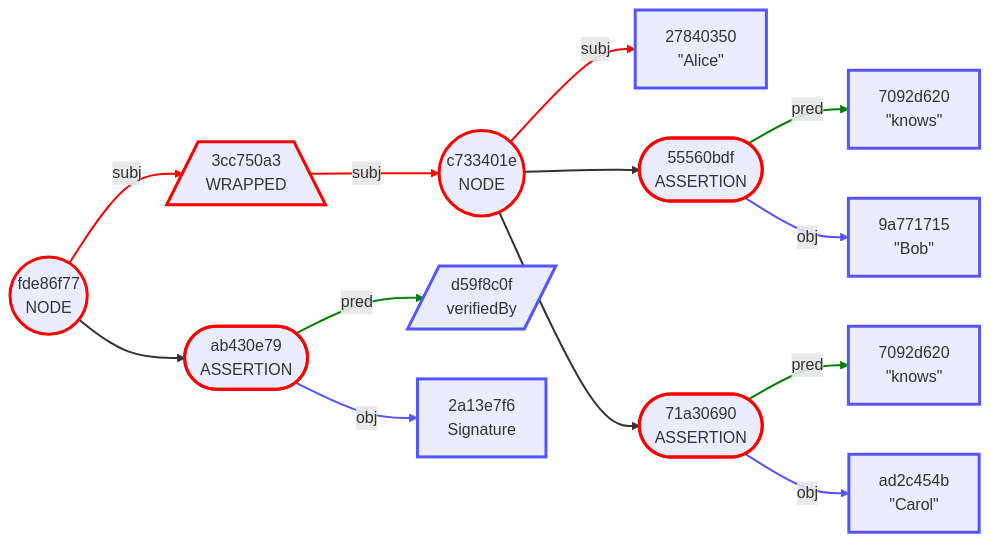
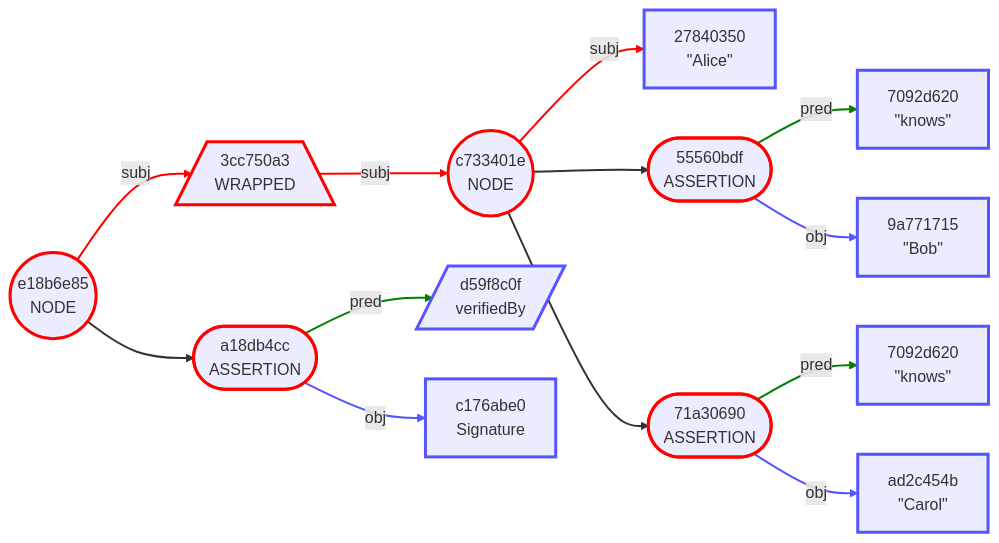
One commit to BlockchainCommons/BCSwiftSecureComponents changed diagram 15 of 24 in Docs/04-OUTPUT-FORMATS.md. Above: the diagram before and after it, drawn with Mermaid. The commit also changed other lines of this file and 6 other files, not shown here.

````diff
--- a/Docs/04-OUTPUT-FORMATS.md
+++ b/Docs/04-OUTPUT-FORMATS.md
@@ -350,53 +637,53 @@
 ```mermaid
 graph LR
-    1(("fde86f77<br/>NODE"))
+    1(("e18b6e85<br/>NODE"))
     2[/"3cc750a3<br/>WRAPPED"\]
     3(("c733401e<br/>NODE"))
     4["27840350<br/>#quot;Alice#quot;"]
     5(["55560bdf<br/>ASSERTION"])
     6["7092d620<br/>#quot;knows#quot;"]
     7["9a771715<br/>#quot;Bob#quot;"]
     8(["71a30690<br/>ASSERTION"])
     9["7092d620<br/>#quot;knows#quot;"]
     10["ad2c454b<br/>#quot;Carol#quot;"]
-    11(["ab430e79<br/>ASSERTION"])
+    11(["a18db4cc<br/>ASSERTION"])
     12[/"d59f8c0f<br/>verifiedBy"/]
-    13["2a13e7f6<br/>Signature"]
+    13["c176abe0<br/>Signature"]
     1 -->|subj| 2
     2 -->|subj| 3
     3 -->|subj| 4
     3 --> 5
     5 -->|pred| 6
     5 -->|obj| 7
     3 --> 8
     8 -->|pred| 9
     8 -->|obj| 10
     1 --> 11
     11 -->|pred| 12
     11 -->|obj| 13
     style 1 stroke:red,stroke-width:3.0px
     style 2 stroke:red,stroke-width:3.0px
     style 3 stroke:red,stroke-width:3.0px
     style 4 stroke:#55f,stroke-width:3.0px
     style 5 stroke:red,stroke-width:3.0px
     style 6 stroke:#55f,stroke-width:3.0px
     style 7 stroke:#55f,stroke-width:3.0px
     style 8 stroke:red,stroke-width:3.0px
     style 9 stroke:#55f,stroke-width:3.0px
     style 10 stroke:#55f,stroke-width:3.0px
     style 11 stroke:red,stroke-width:3.0px
     style 12 stroke:#55f,stroke-width:3.0px
     style 13 stroke:#55f,stroke-width:3.0px
     linkStyle 0 stroke:red,stroke-width:2.0px
     linkStyle 1 stroke:red,stroke-width:2.0px
     linkStyle 2 stroke:red,stroke-width:2.0px
     linkStyle 3 stroke-width:2.0px
     linkStyle 4 stroke:green,stroke-width:2.0px
     linkStyle 5 stroke:#55f,stroke-width:2.0px
     linkStyle 6 stroke-width:2.0px
     linkStyle 7 stroke:green,stroke-width:2.0px
     linkStyle 8 stroke:#55f,stroke-width:2.0px
     linkStyle 9 stroke-width:2.0px
     linkStyle 10 stroke:green,stroke-width:2.0px
     linkStyle 11 stroke:#55f,stroke-width:2.0px
 ```
````
